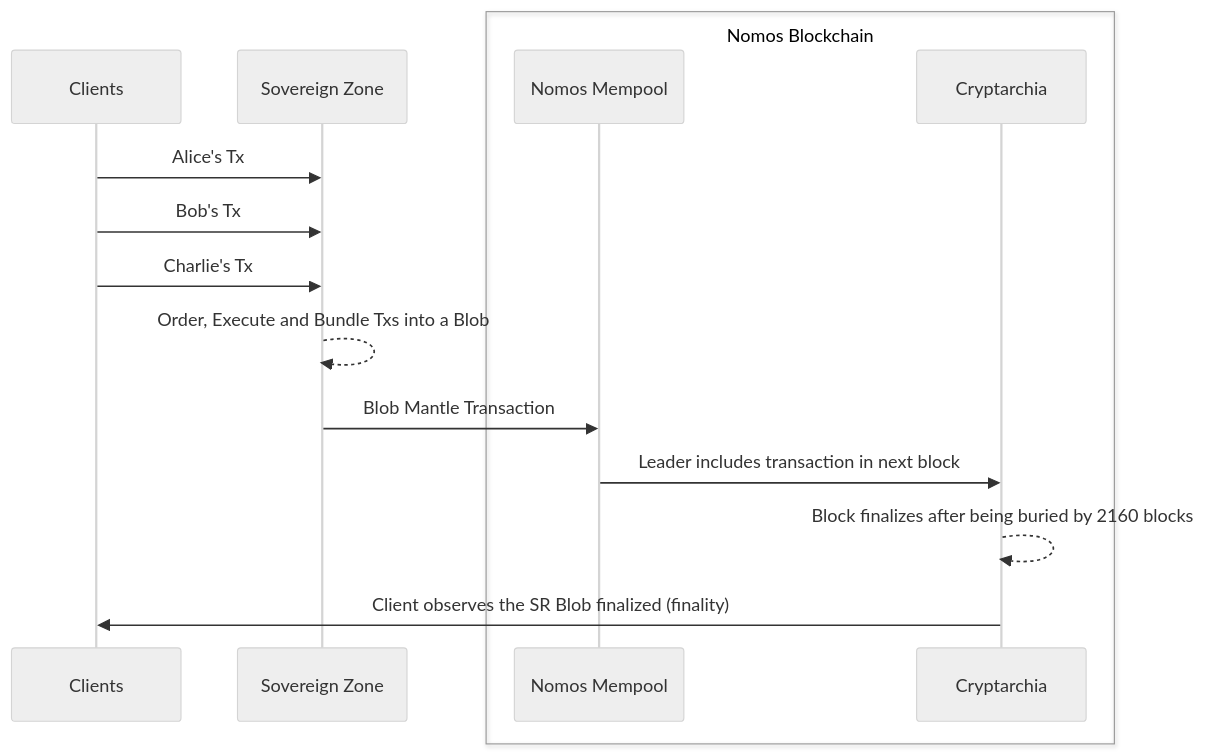
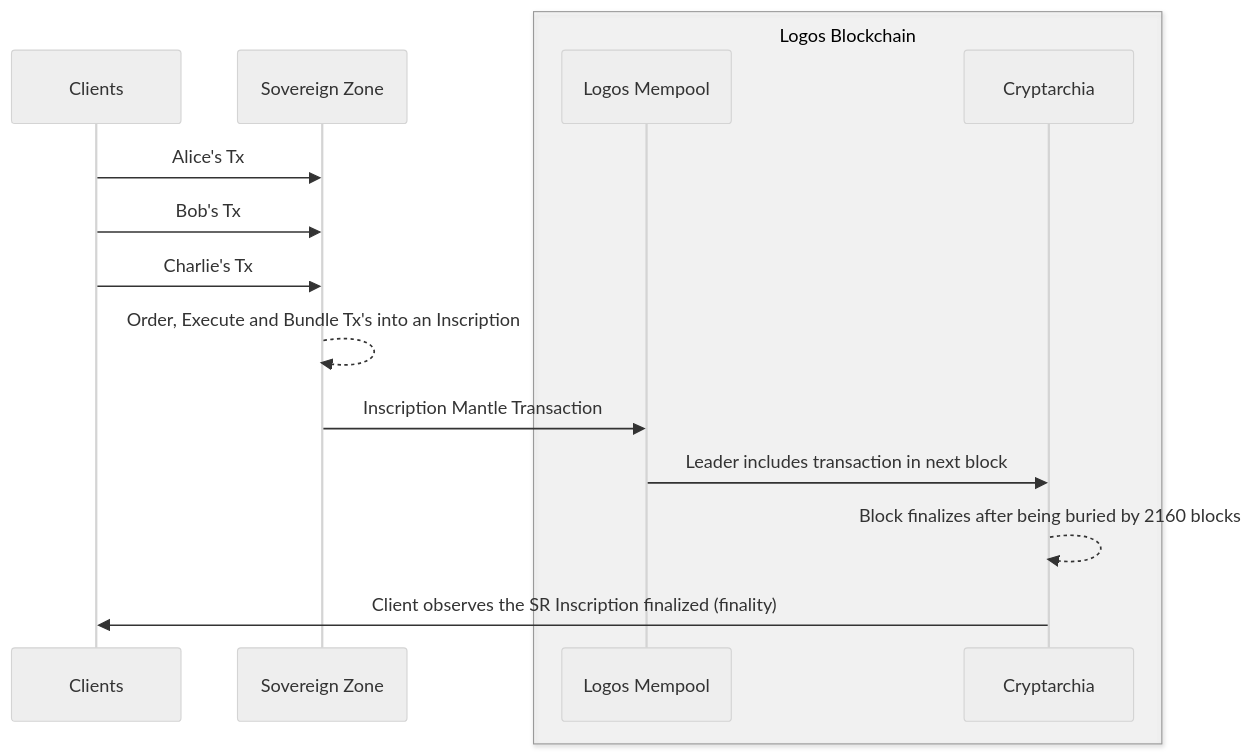
One commit to vacp2p/rfc-index changed the diagram in docs/blockchain/raw/bedrock-architecture-overview.md. Above: the diagram before and after it, drawn with Mermaid (neutral theme). The commit also changed other lines of this file and 569 other files, not shown here.

````diff
--- a/docs/blockchain/raw/bedrock-architecture-overview.md
+++ b/docs/blockchain/raw/bedrock-architecture-overview.md
@@ -244,17 +74,20 @@
 ```mermaid
 sequenceDiagram
     participant C as Clients
+
     participant SZ as Sovereign Zone
-    box Nomos Blockchain
-        participant Mempool as Nomos Mempool
-        participant Cryptarchia
-    end
+
+        box rgba(255,255,255,0.3) Logos Blockchain
+            participant Mempool as Logos Mempool
+            participant Cryptarchia
+        end
+
     C->>SZ: Alice's Tx
     C->>SZ: Bob's Tx
     C->>SZ: Charlie's Tx
-    SZ-->>SZ: Order, Execute and Bundle Txs into a Blob
-    SZ->>Mempool: Blob Mantle Transaction
-    Mempool->>Cryptarchia: Leader includes transaction in next block
-    Cryptarchia-->>Cryptarchia: Block finalizes after being buried by 2160 blocks
-    Cryptarchia->>C: Client observes the SR Blob finalized (finality)
+    SZ-->>SZ: Order, Execute and Bundle Tx's into an Inscription
+    SZ ->> Mempool: Inscription Mantle Transaction
+    Mempool ->> Cryptarchia: Leader includes transaction in next block
+    Cryptarchia -->> Cryptarchia: Block finalizes after being buried by 2160 blocks
+    Cryptarchia ->> C: Client observes the SR Inscription finalized (finality)
 ```
````
